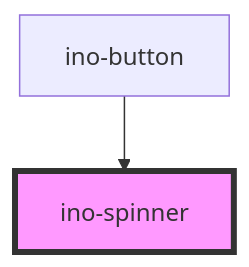
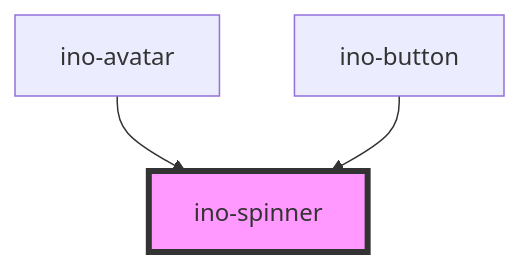
Before and after one commit to inovex/elements: the diagram in packages/elements/src/components/ino-spinner/readme.md, drawn with Mermaid. The commit also changed other lines of this file and 8 other files, not shown here.

````diff
--- a/packages/elements/src/components/ino-spinner/readme.md
+++ b/packages/elements/src/components/ino-spinner/readme.md
@@ -86,5 +87,6 @@
 ```mermaid
 graph TD;
+  ino-avatar --> ino-spinner
   ino-button --> ino-spinner
   style ino-spinner fill:#f9f,stroke:#333,stroke-width:4px
 ```
````
